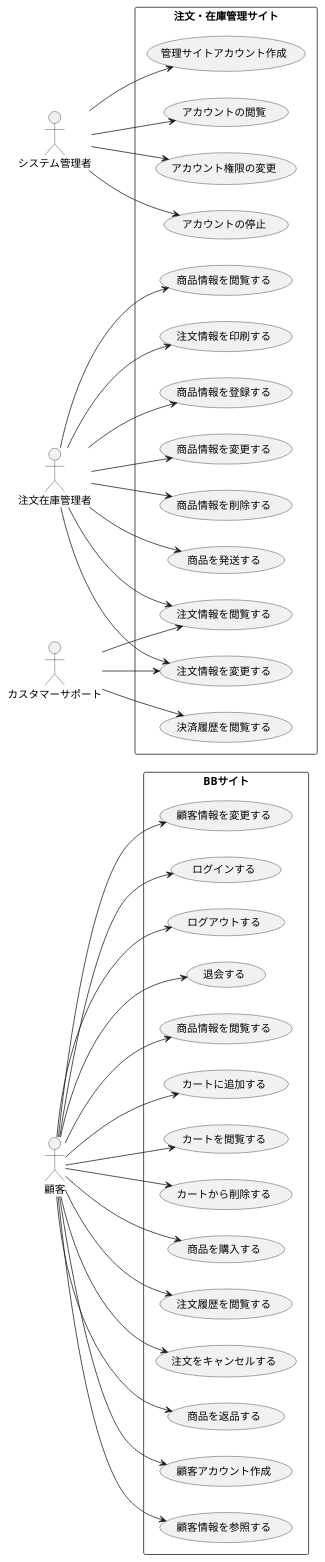
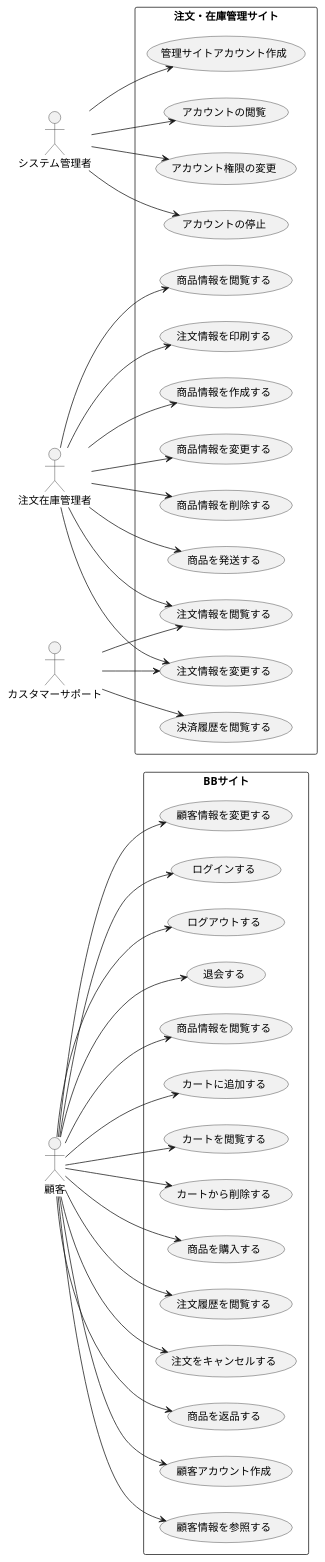
Before and after one commit to FujikawaHirono0520/group3_1_dogdog: the diagram in BB/usecase.pu, drawn with PlantUML.

Commit message:
【変更】表記の統一

```diff
--- a/BB/usecase.pu
+++ b/BB/usecase.pu
@@ -1,77 +1,77 @@
 @startuml BB注文管理システムユースケース図
 left to right direction
 actor 顧客 as U
 
 actor システム管理者 as M
 
 actor 注文在庫管理者 as SM
 
 actor カスタマーサポート as CS
 
 rectangle BBサイト {
   usecase "顧客アカウント作成" as UC1
   usecase "顧客情報を参照する" as UC2
   usecase "顧客情報を変更する" as UC3
   usecase "ログインする" as UC4
   usecase "ログアウトする" as UC5
   usecase "退会する" as UC6
   usecase "商品情報を閲覧する" as UC7
   usecase "カートに追加する" as UC8
   usecase "カートを閲覧する" as UC9
   usecase "カートから削除する" as UC10
   usecase "商品を購入する" as UC11
   usecase "注文履歴を閲覧する" as UC12
   usecase "注文をキャンセルする" as UC13
   usecase "商品を返品する" as UC14
 }
 
 rectangle 注文・在庫管理サイト {
   usecase "管理サイトアカウント作成" as UC15
   usecase "アカウントの閲覧" as UC16
   usecase "アカウント権限の変更" as UC17
   usecase "アカウントの停止" as UC18
-  usecase "商品情報を登録する" as UC19
+  usecase "商品情報を作成する" as UC19
   usecase "商品情報を変更する" as UC20
   usecase "商品情報を削除する" as UC21
   usecase "商品を発送する" as UC22
   usecase "商品情報を閲覧する" as UC23
   usecase "注文情報を印刷する" as UC24
   usecase "注文情報を閲覧する" as UC25
   usecase "注文情報を変更する" as UC26
   usecase "決済履歴を閲覧する" as UC27
 }
 
 U --> UC1
 U --> UC2
 U --> UC3
 U --> UC4
 U --> UC5
 U --> UC6
 U --> UC7
 U --> UC8
 U --> UC9
 U --> UC10
 U --> UC11
 U --> UC12
 U --> UC13
 U --> UC14
 
 M --> UC15
 M --> UC16
 M --> UC17
 M --> UC18
 
 SM --> UC19
 SM --> UC20
 SM --> UC21
 SM --> UC22
 SM --> UC23
 SM --> UC24
 SM --> UC25
 SM --> UC26
 
 CS --> UC25
 CS --> UC26
 CS --> UC27
 
 @enduml
```
